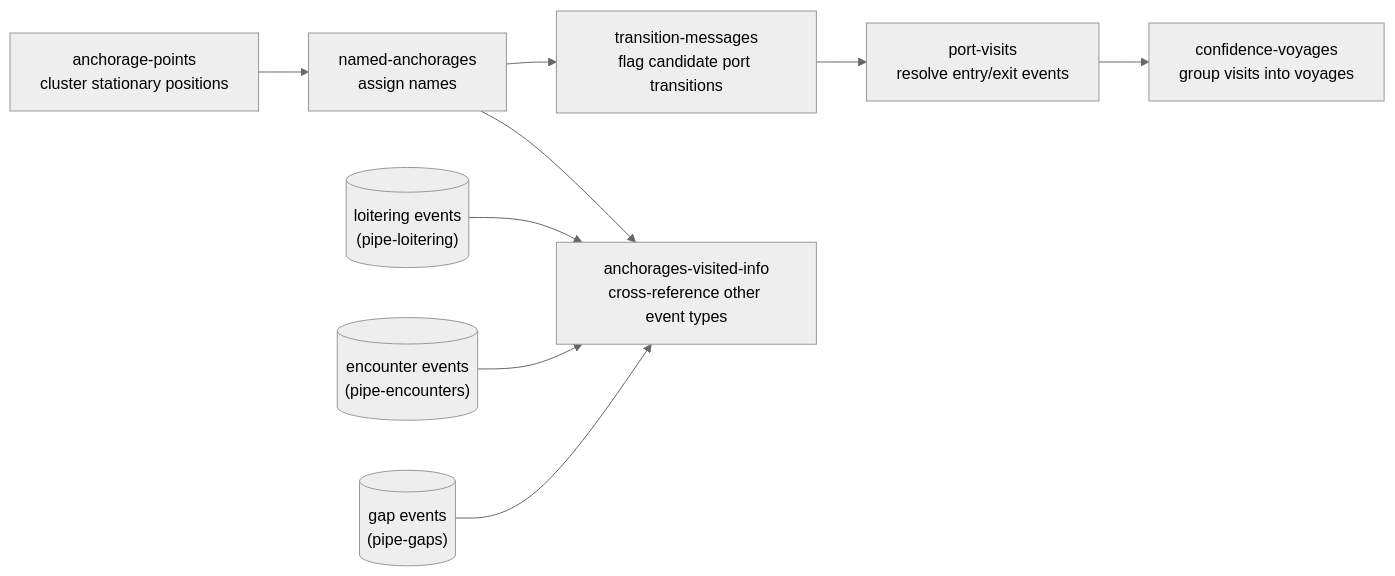
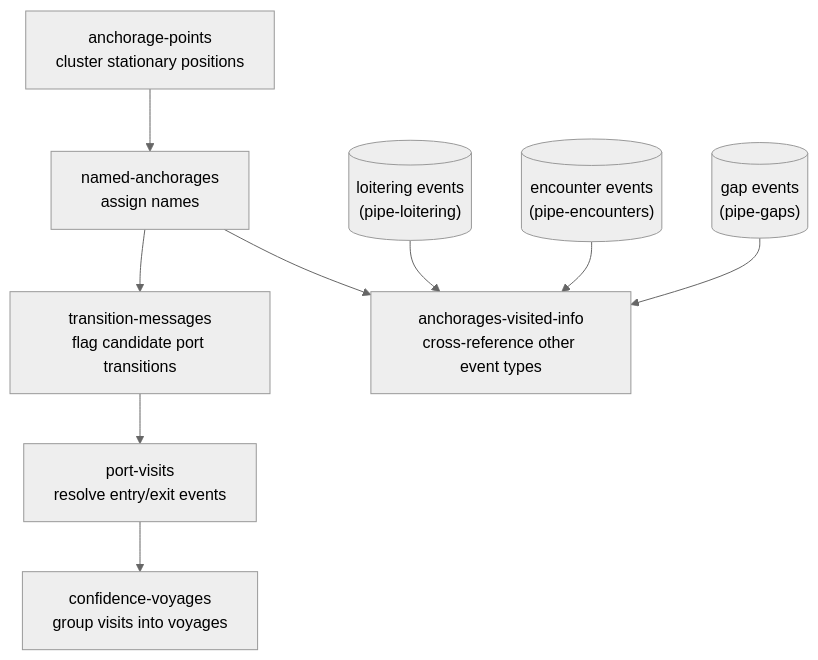
The diagram in README.md (GlobalFishingWatch/pipe-anchorages), drawn with Mermaid (neutral theme) before and after one commit.

Commit message:
Switch pipeline diagram to vertical (top-down) layout
9 nodes side-by-side in a horizontal layout were getting squeezed hard
to fit the README's fixed content width, shrinking the text to the
point of being hard to read. Vertical stacking needs far less
horizontal compression.

````diff
--- a/README.md
+++ b/README.md
@@ -71,18 +71,18 @@
 ```mermaid
-flowchart LR
+flowchart TD
     AP["anchorage-points<br/>cluster stationary positions"]
     NA["named-anchorages<br/>assign names"]
     TM["transition-messages<br/>flag candidate port transitions"]
     PV["port-visits<br/>resolve entry/exit events"]
     CV["confidence-voyages<br/>group visits into voyages"]
     AVI["anchorages-visited-info<br/>cross-reference other event types"]
     LOI[("loitering events<br/>(pipe-loitering)")]
     ENC[("encounter events<br/>(pipe-encounters)")]
     GAP[("gap events<br/>(pipe-gaps)")]
 
     AP --> NA --> TM --> PV --> CV
     NA --> AVI
     LOI --> AVI
     ENC --> AVI
     GAP --> AVI
 ```
````
